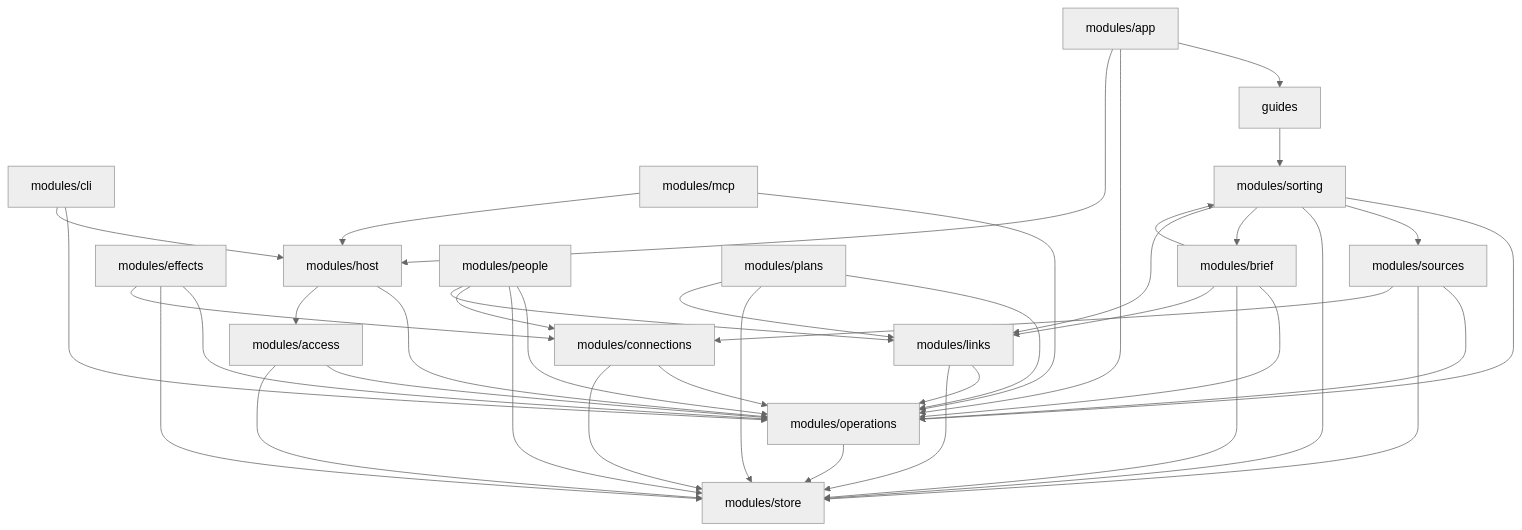
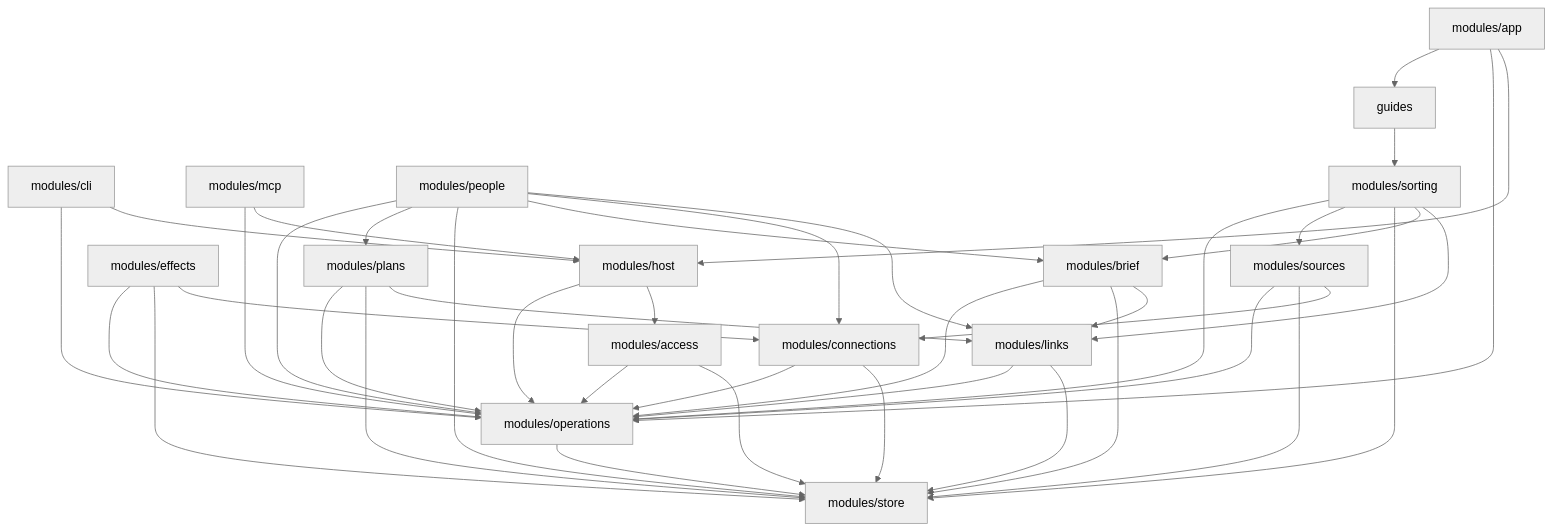
The diagram in map/README.md (diligent-communications/diligent-communications), drawn with Mermaid (neutral theme) before and after one commit. The commit also changed other lines of this file and 19 other files, not shown here.

````diff
--- a/map/README.md
+++ b/map/README.md
@@ -11,58 +11,59 @@
 ```mermaid
 flowchart TD
     folder1["guides"]
     folder2["modules/access"]
     folder3["modules/app"]
     folder4["modules/brief"]
     folder5["modules/cli"]
     folder6["modules/connections"]
     folder7["modules/effects"]
     folder8["modules/host"]
     folder9["modules/links"]
     folder10["modules/mcp"]
     folder11["modules/operations"]
     folder12["modules/people"]
     folder13["modules/plans"]
     folder14["modules/sorting"]
     folder15["modules/sources"]
     folder16["modules/store"]
     folder1 --> folder14
     folder10 --> folder11
     folder10 --> folder8
     folder11 --> folder16
     folder12 --> folder11
+    folder12 --> folder13
     folder12 --> folder16
+    folder12 --> folder4
     folder12 --> folder6
     folder12 --> folder9
     folder13 --> folder11
     folder13 --> folder16
     folder13 --> folder9
     folder14 --> folder11
     folder14 --> folder15
     folder14 --> folder16
     folder14 --> folder4
     folder14 --> folder9
     folder15 --> folder11
     folder15 --> folder16
     folder15 --> folder6
     folder2 --> folder11
     folder2 --> folder16
     folder3 --> folder1
     folder3 --> folder11
     folder3 --> folder8
     folder4 --> folder11
-    folder4 --> folder14
     folder4 --> folder16
     folder4 --> folder9
     folder5 --> folder11
     folder5 --> folder8
     folder6 --> folder11
     folder6 --> folder16
     folder7 --> folder11
     folder7 --> folder16
     folder7 --> folder6
     folder8 --> folder11
     folder8 --> folder2
     folder9 --> folder11
     folder9 --> folder16
 ```
````
